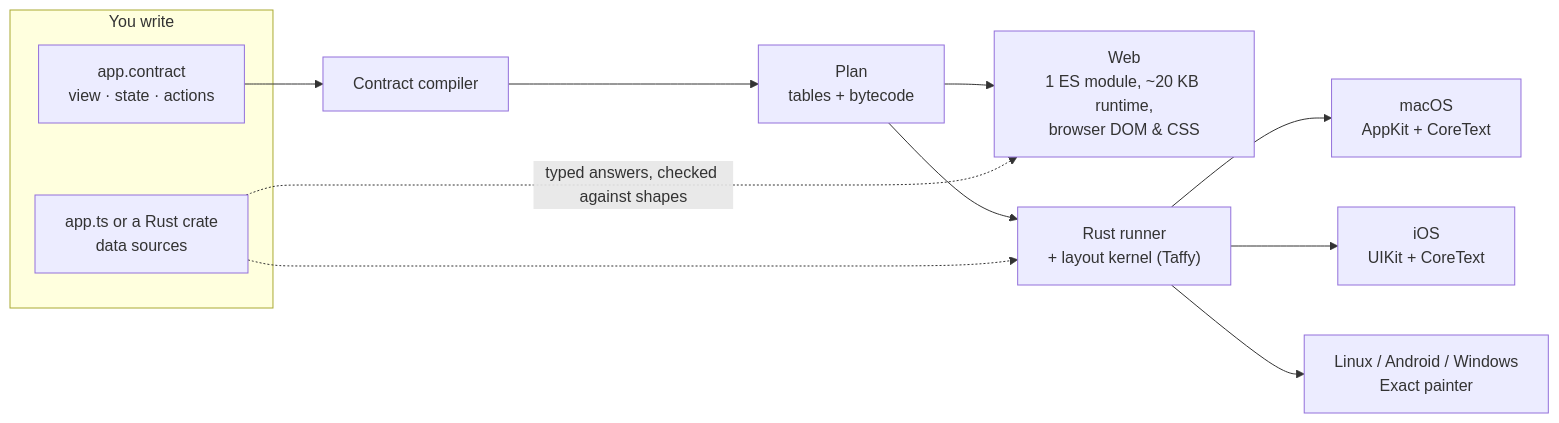
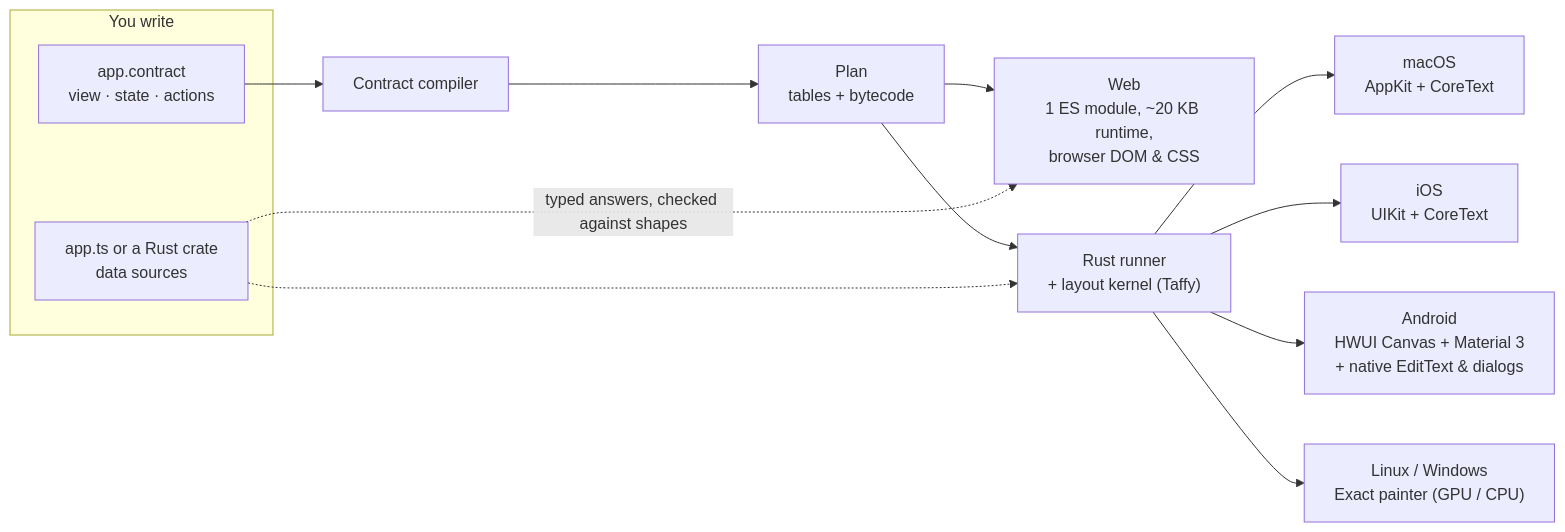
The diagram in README.md (AaronFriel/exact), drawn with Mermaid before and after one commit. The commit also changed other lines of this file, not shown here.

Commit message:
Update README with verified Android and Windows host status

````diff
--- a/README.md
+++ b/README.md
@@ -397,15 +397,16 @@
 ```mermaid
 flowchart LR
   subgraph author["You write"]
     C["app.contract<br/>view · state · actions"]
     D["app.ts or a Rust crate<br/>data sources"]
   end
   C --> K["Contract compiler"] --> P["Plan<br/>tables + bytecode"]
   P --> W["Web<br/>1 ES module, ~20 KB runtime,<br/>browser DOM & CSS"]
   P --> R["Rust runner<br/>+ layout kernel (Taffy)"]
   R --> M["macOS<br/>AppKit + CoreText"]
   R --> I["iOS<br/>UIKit + CoreText"]
-  R --> L["Linux / Android / Windows<br/>Exact painter"]
+  R --> A["Android<br/>HWUI Canvas + Material 3<br/>+ native EditText & dialogs"]
+  R --> L["Linux / Windows<br/>Exact painter (GPU / CPU)"]
   D -.->|typed answers, checked against shapes| W
   D -.-> R
 ```
````
